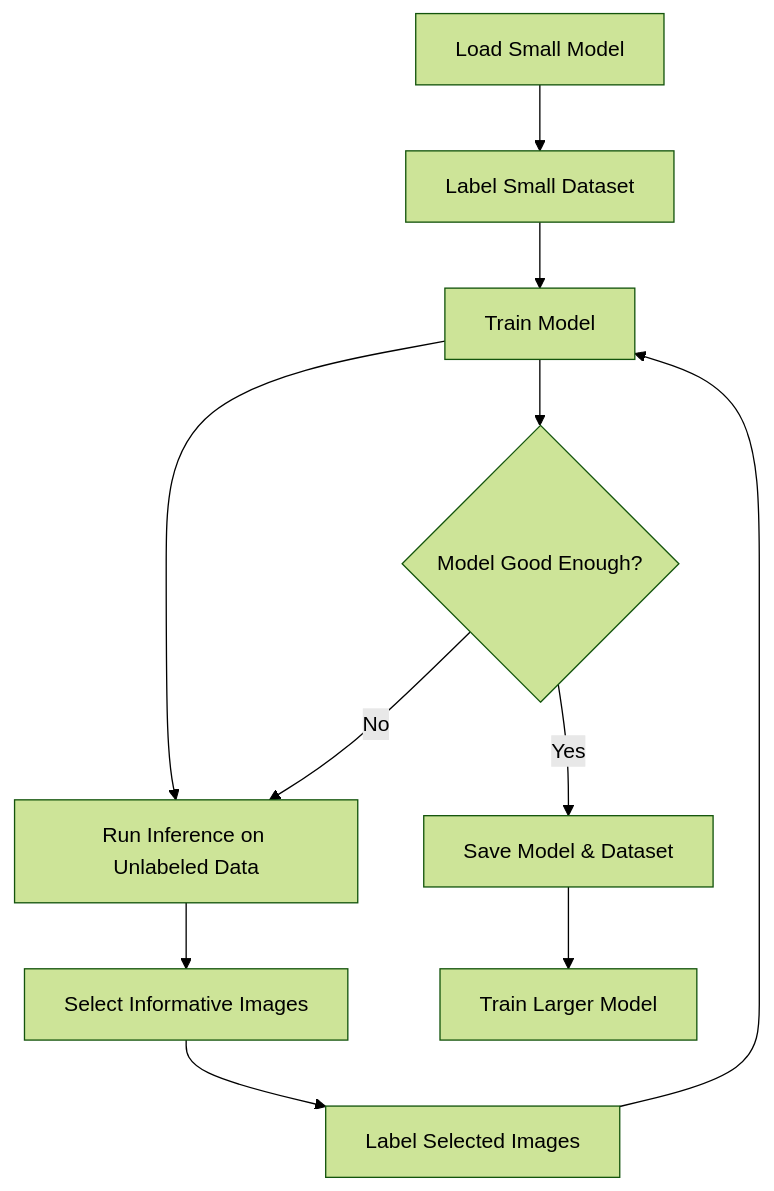
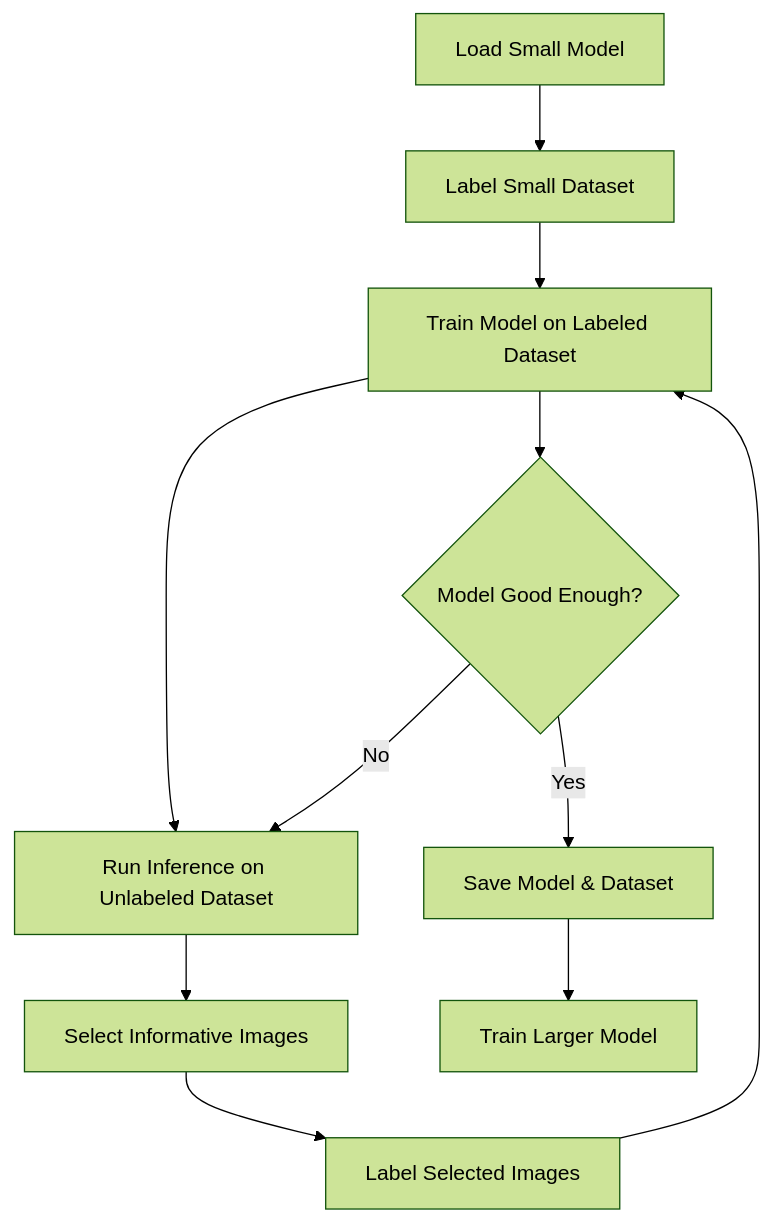
One commit to dnth/active-learning-flywheel changed the diagram in README.md. Above: the diagram before and after it, drawn with Mermaid (forest theme).

````diff
--- a/README.md
+++ b/README.md
@@ -27,13 +27,13 @@
 ```mermaid
 graph TD
 A[Load Small Model] --> B[Label Small Dataset]
-B --> C[Train Model]
-C --> D[Run Inference on Unlabeled Data]
+B --> C[Train Model on Labeled Dataset]
+C --> D[Run Inference on Unlabeled Dataset]
 D --> E[Select Informative Images]
 E --> F[Label Selected Images]
 F --> C
 C --> G{Model Good Enough?}
 G -->|No| D
 G -->|Yes| H[Save Model & Dataset]
 H --> I[Train Larger Model]
 ```
````
